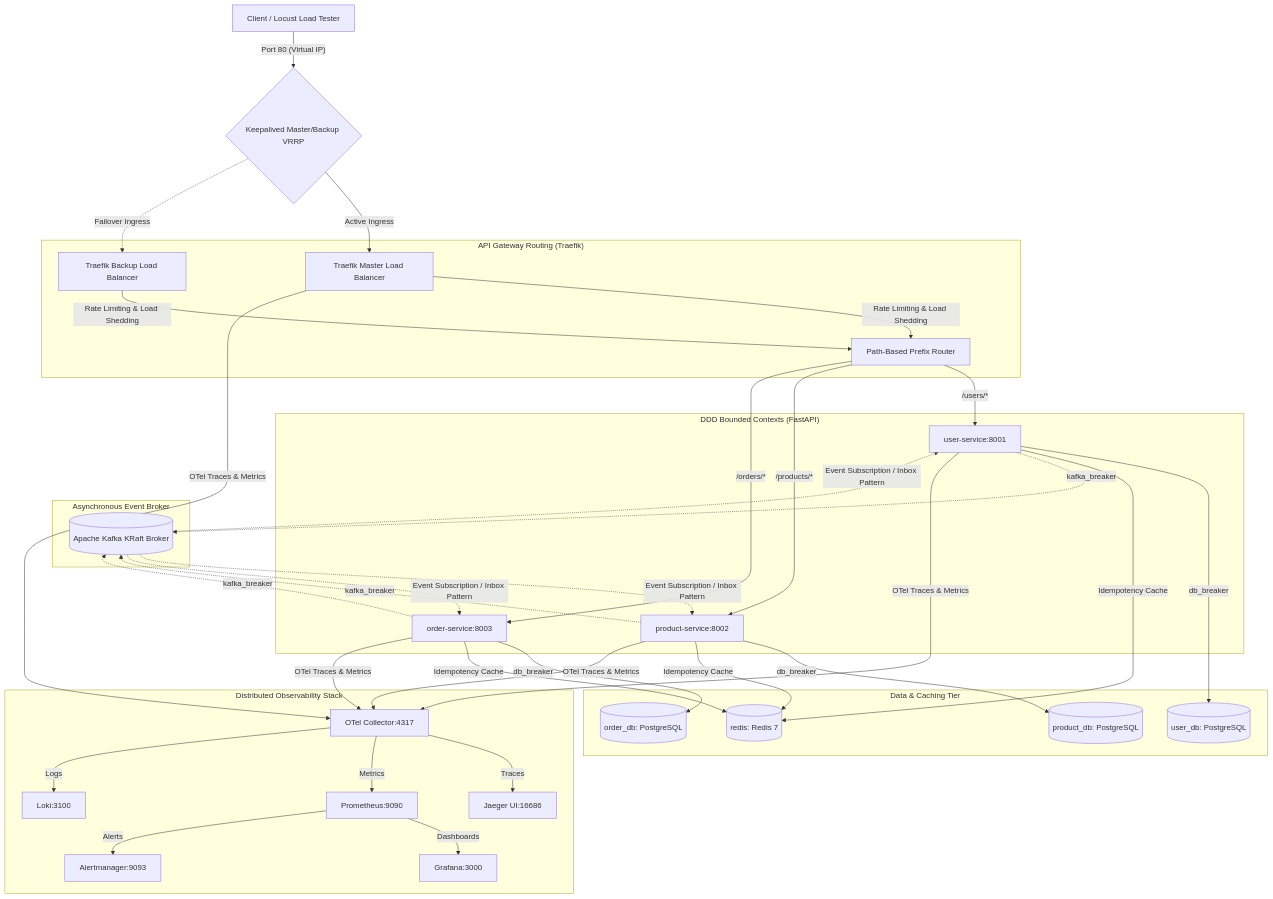
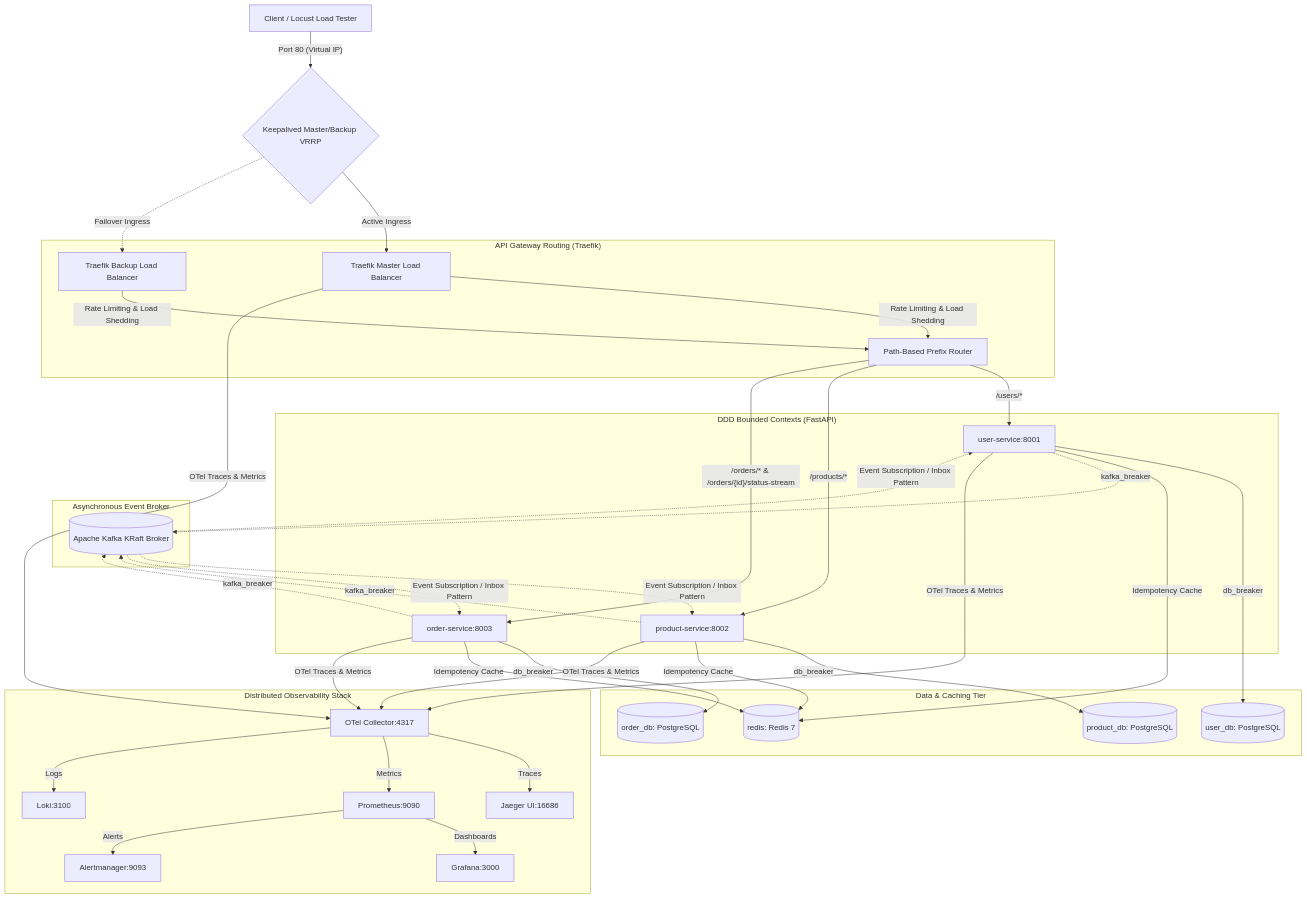
One commit to ahmadabd/system_design changed the first of 2 diagrams in README.md. Above: the diagram before and after it, drawn with Mermaid. The commit also changed other lines of this file, not shown here.

Commit message:
feat(order): add SSE for get order status.

````diff
--- a/README.md
+++ b/README.md
@@ -9,43 +9,43 @@
 ```mermaid
 graph TD
     Client["Client / Locust Load Tester"] -->|"Port 80 (Virtual IP)"| Keepalived{"Keepalived Master/Backup VRRP"}
     Keepalived -->|"Active Ingress"| Traefik["Traefik Master Load Balancer"]
     Keepalived -.->|"Failover Ingress"| TraefikBackup["Traefik Backup Load Balancer"]
 
     subgraph GatewayRouting ["API Gateway Routing (Traefik)"]
         Traefik & TraefikBackup -->|"Rate Limiting & Load Shedding"| Router["Path-Based Prefix Router"]
     end
 
     subgraph BoundedContexts ["DDD Bounded Contexts (FastAPI)"]
         Router -->|"/users/*"| UserServ["user-service:8001"]
         Router -->|"/products/*"| ProdServ["product-service:8002"]
-        Router -->|"/orders/*"| OrdServ["order-service:8003"]
+        Router -->|"/orders/* & /orders/{id}/status-stream"| OrdServ["order-service:8003"]
     end
 
     subgraph DataCaching ["Data & Caching Tier"]
         UserServ -->|"db_breaker"| UserDB[("user_db: PostgreSQL")]
         ProdServ -->|"db_breaker"| ProdDB[("product_db: PostgreSQL")]
         OrdServ -->|"db_breaker"| OrdDB[("order_db: PostgreSQL")]
         
         UserServ & ProdServ & OrdServ -->|"Idempotency Cache"| Redis[("redis: Redis 7")]
     end
 
     subgraph EventBroker ["Asynchronous Event Broker"]
         UserServ -.->|"kafka_breaker"| Kafka[("Apache Kafka KRaft Broker")]
         ProdServ -.->|"kafka_breaker"| Kafka
         OrdServ -.->|"kafka_breaker"| Kafka
         
         Kafka -.->|"Event Subscription / Inbox Pattern"| UserServ
         Kafka -.->|"Event Subscription / Inbox Pattern"| ProdServ
         Kafka -.->|"Event Subscription / Inbox Pattern"| OrdServ
     end
 
     subgraph Observability ["Distributed Observability Stack"]
         UserServ & ProdServ & OrdServ & Traefik -->|"OTel Traces & Metrics"| OTel["OTel Collector:4317"]
         OTel -->|"Traces"| JG["Jaeger UI:16686"]
         OTel -->|"Metrics"| PR["Prometheus:9090"]
         OTel -->|"Logs"| LK["Loki:3100"]
         PR -->|"Dashboards"| GF["Grafana:3000"]
         PR -->|"Alerts"| AM["Alertmanager:9093"]
     end
 ```
````
